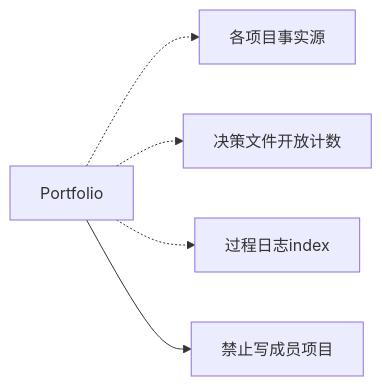
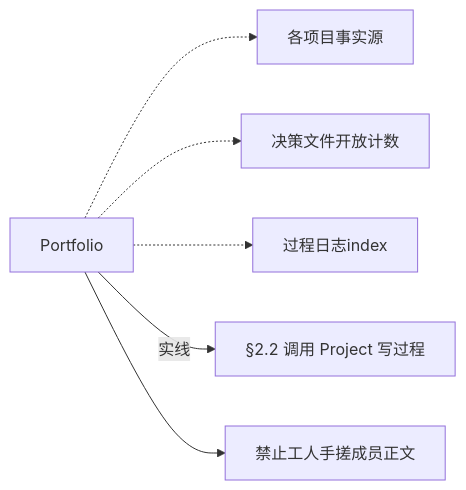
Diagram 15 of 23 in ChronoPM-Project/SKILL_MODULE_MAP.md (qiusuo0226/chrono-pm-skill), drawn with Mermaid before and after one commit. The commit also changed other lines of this file and 12 other files, not shown here.

````diff
--- a/ChronoPM-Project/SKILL_MODULE_MAP.md
+++ b/ChronoPM-Project/SKILL_MODULE_MAP.md
@@ -168,7 +172,8 @@
 ```mermaid
 flowchart LR
   PF[Portfolio] -.-> FS[各项目事实源]
   PF -.-> DEC[决策文件开放计数]
   PF -.-> OPS[过程日志index]
-  PF --> X[禁止写成员项目]
+  PF -->|实线| HO[§2.2 调用 Project 写过程]
+  PF --> X[禁止工人手搓成员正文]
 ```
````
